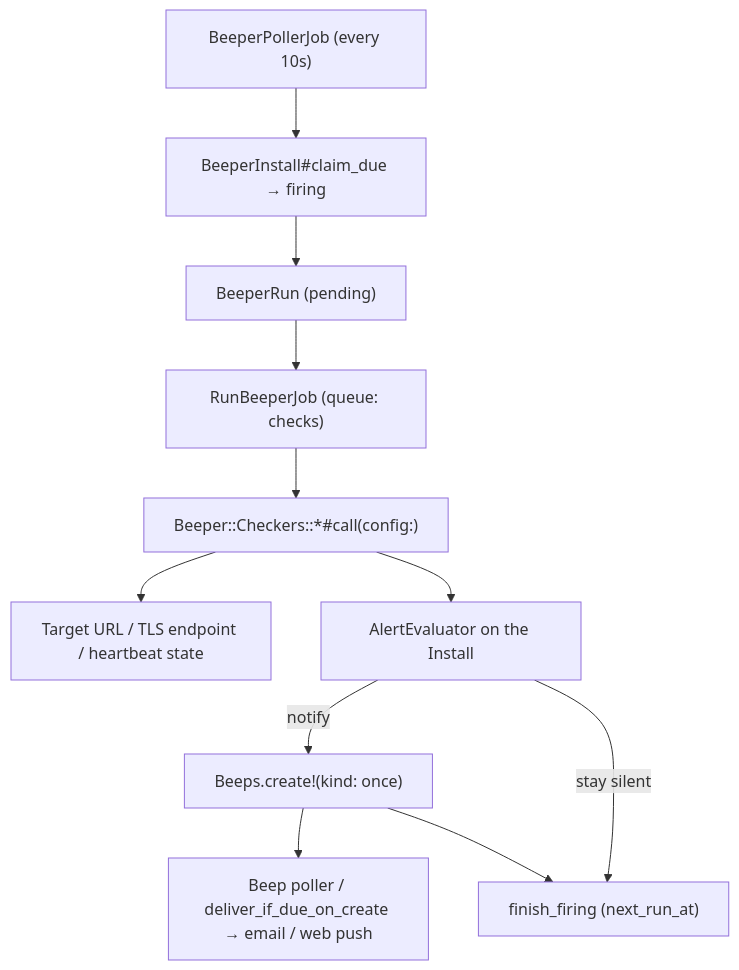
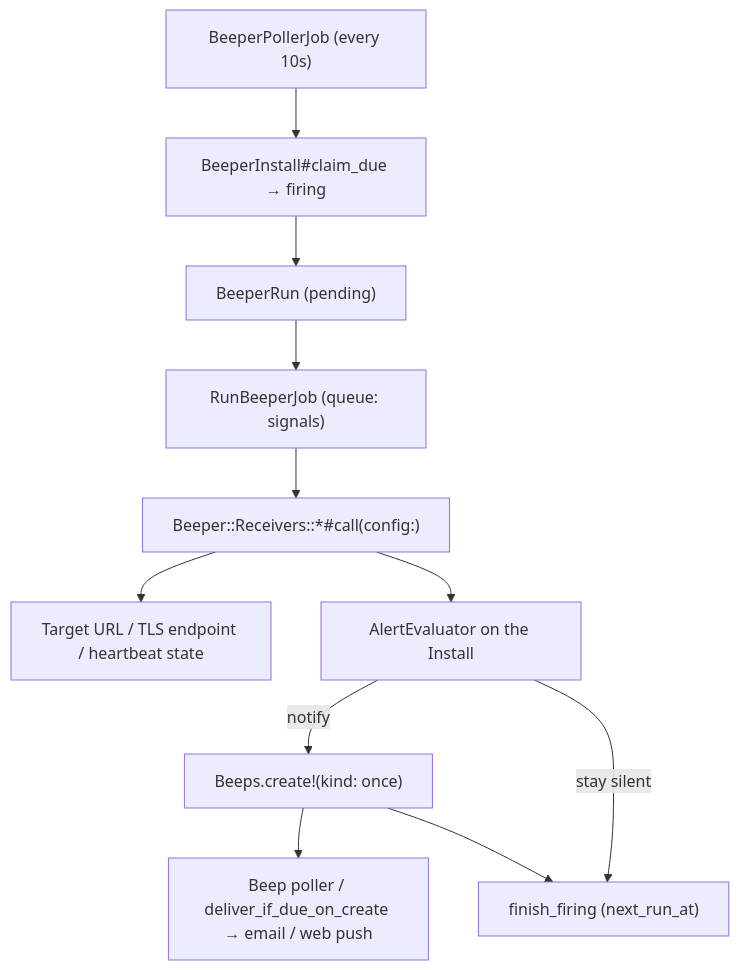
One commit to yuler/beep changed the diagram in docs/architecture/beeper-ecosystem.md. Above: the diagram before and after it, drawn with Mermaid. The commit also changed other lines of this file and 27 other files, not shown here.

Commit message:
♻️ [core,web,docs] Rename Beeper check language to Signal and Receivers

````diff
--- a/docs/architecture/beeper-ecosystem.md
+++ b/docs/architecture/beeper-ecosystem.md
@@ -7,13 +7,13 @@
 ```mermaid
 flowchart TD
   Poller["BeeperPollerJob (every 10s)"] --> Claim["BeeperInstall#claim_due → firing"]
   Claim --> Run["BeeperRun (pending)"]
-  Run --> Job["RunBeeperJob (queue: checks)"]
-  Job --> Checker["Beeper::Checkers::*#call(config:)"]
-  Checker --> Target["Target URL / TLS endpoint / heartbeat state"]
-  Checker --> Eval["AlertEvaluator on the Install"]
+  Run --> Job["RunBeeperJob (queue: signals)"]
+  Job --> Receiver["Beeper::Receivers::*#call(config:)"]
+  Receiver --> Target["Target URL / TLS endpoint / heartbeat state"]
+  Receiver --> Eval["AlertEvaluator on the Install"]
   Eval -->|notify| Create["Beeps.create!(kind: once)"]
   Eval -->|stay silent| Finish["finish_firing (next_run_at)"]
   Create --> Deliver["Beep poller / deliver_if_due_on_create → email / web push"]
   Create --> Finish
 ```
````
